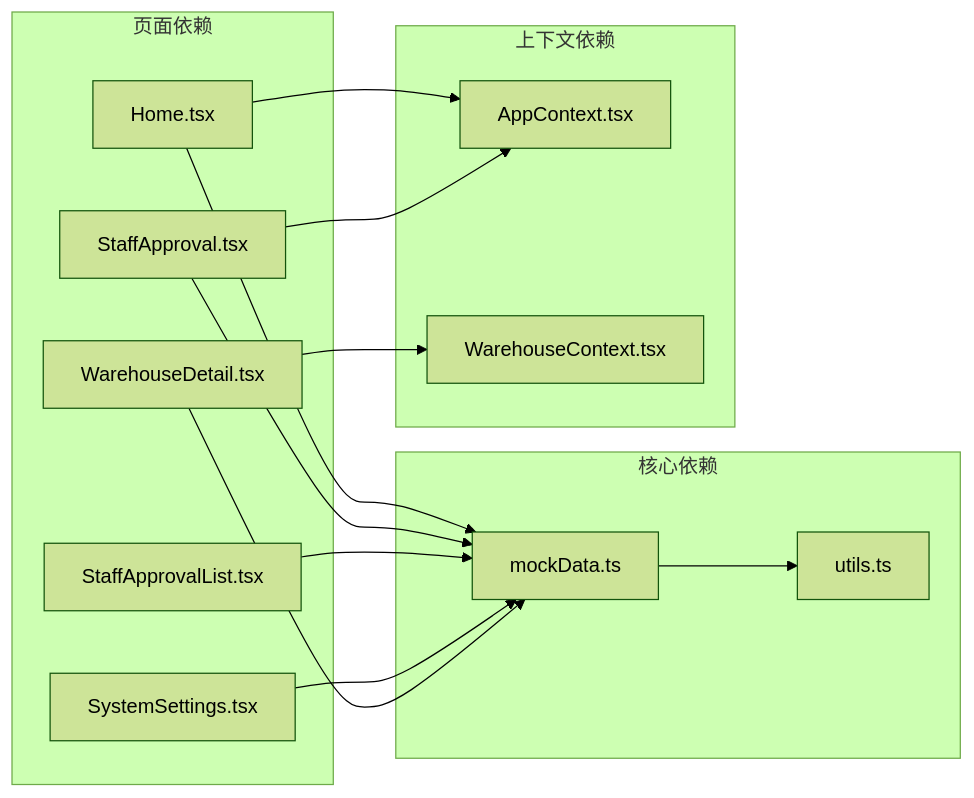
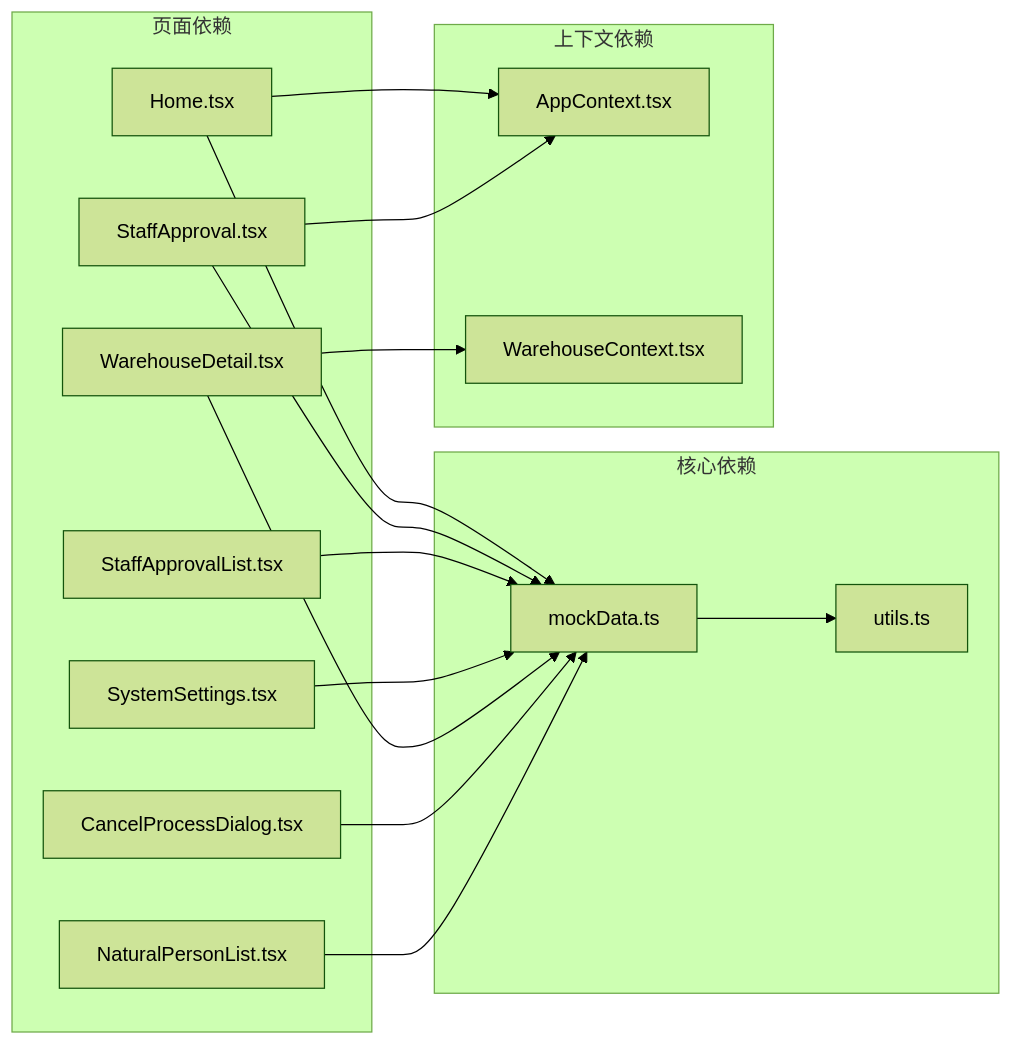
The ninth of 10 diagrams in .qoder/repowiki/zh/content/状态管理系统/Mock数据管理.md (chinak/permission_apply), drawn with Mermaid (forest theme) before and after one commit. The commit also changed other lines of this file and 43 other files, not shown here.

````diff
--- a/.qoder/repowiki/zh/content/状态管理系统/Mock数据管理.md
+++ b/.qoder/repowiki/zh/content/状态管理系统/Mock数据管理.md
@@ -304,27 +468,31 @@
 ```mermaid
 graph LR
 subgraph "核心依赖"
 MockData[mockData.ts]
 Utils[utils.ts]
 end
 subgraph "页面依赖"
 Home[Home.tsx]
 StaffApproval[StaffApproval.tsx]
 StaffApprovalList[StaffApprovalList.tsx]
 SystemSettings[SystemSettings.tsx]
 WarehouseDetail[WarehouseDetail.tsx]
+CancelProcess[CancelProcessDialog.tsx]
+NaturalPerson[NaturalPersonList.tsx]
 end
 subgraph "上下文依赖"
 AppContext[AppContext.tsx]
 WarehouseContext[WarehouseContext.tsx]
 end
 MockData --> Utils
 Home --> MockData
 StaffApproval --> MockData
 StaffApprovalList --> MockData
 SystemSettings --> MockData
 WarehouseDetail --> MockData
+CancelProcess --> MockData
+NaturalPerson --> MockData
 Home --> AppContext
 StaffApproval --> AppContext
 WarehouseDetail --> WarehouseContext
 ```
````
